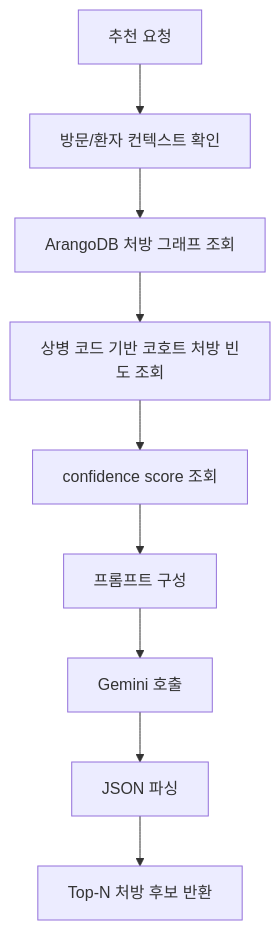
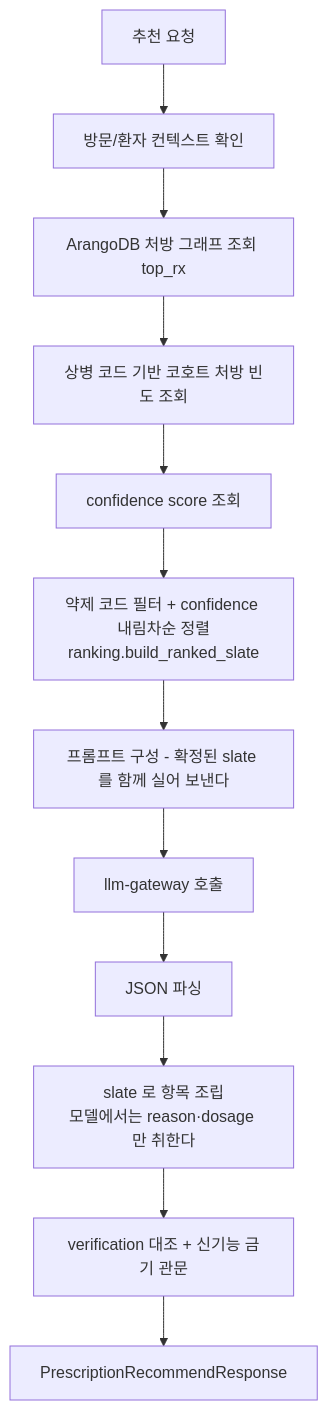
The third of 7 diagrams in Docs/04-ai-services-and-agents.md (kjbddo/bitcomputer-emr), drawn with Mermaid before and after one commit. The commit also changed other lines of this file and 11 other files, not shown here.

````diff
--- a/Docs/04-ai-services-and-agents.md
+++ b/Docs/04-ai-services-and-agents.md
@@ -74,11 +80,14 @@
 ```mermaid
 flowchart TD
   A[추천 요청] --> B[방문/환자 컨텍스트 확인]
-  B --> C[ArangoDB 처방 그래프 조회]
+  B --> C[ArangoDB 처방 그래프 조회 top_rx]
   C --> D[상병 코드 기반 코호트 처방 빈도 조회]
   D --> E[confidence score 조회]
-  E --> F[프롬프트 구성]
-  F --> G[Gemini 호출]
+  E --> R[약제 코드 필터 + confidence 내림차순 정렬<br/>ranking.build_ranked_slate]
+  R --> F[프롬프트 구성 - 확정된 slate 를 함께 실어 보낸다]
+  F --> G[llm-gateway 호출]
   G --> H[JSON 파싱]
-  H --> I[Top-N 처방 후보 반환]
+  H --> I[slate 로 항목 조립<br/>모델에서는 reason·dosage 만 취한다]
+  I --> V[verification 대조 + 신기능 금기 관문]
+  V --> O[PrescriptionRecommendResponse]
 ```
````
